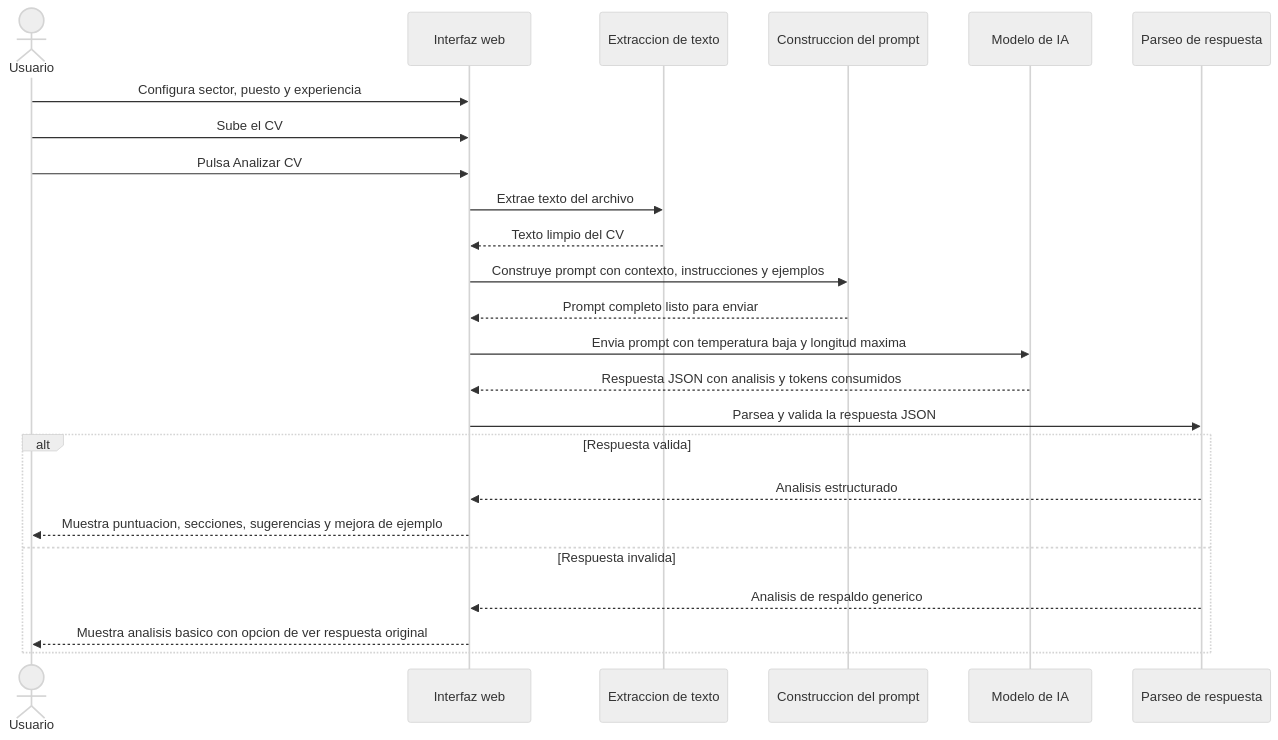
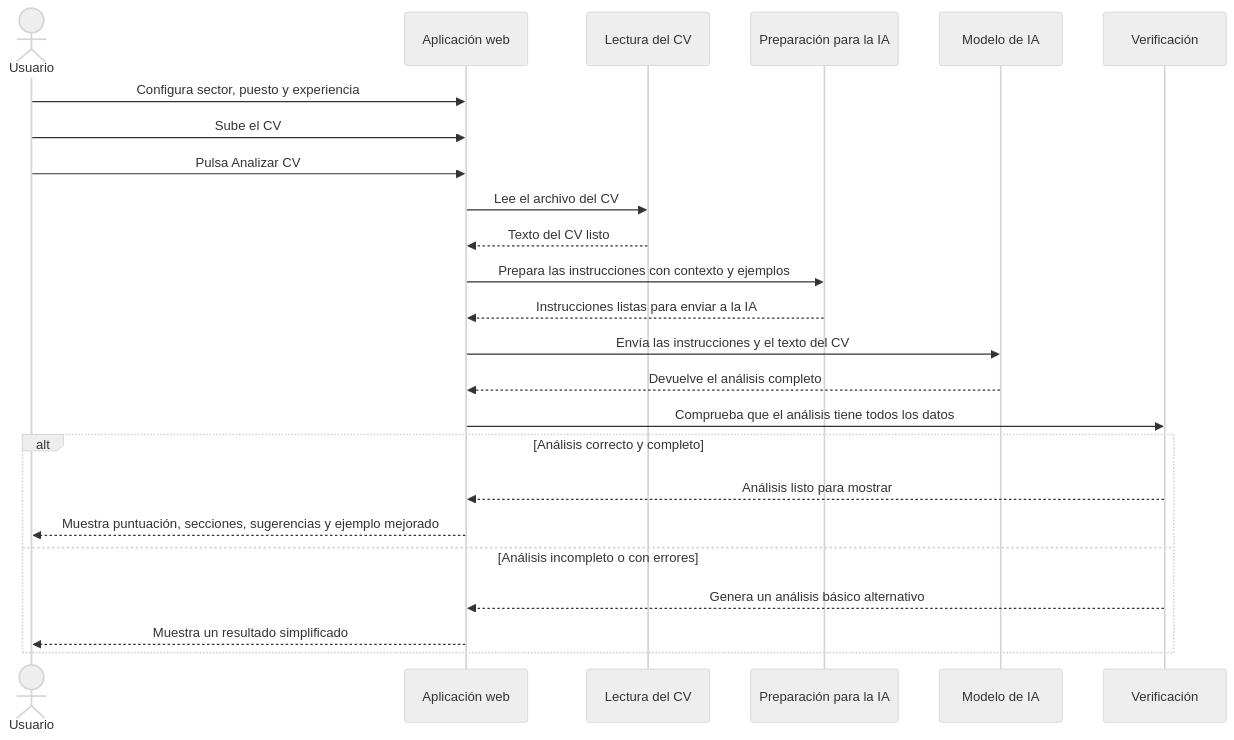
The second of 3 diagrams in doc.md (jamarcas1984/cv-assistant-ai), drawn with Mermaid before and after one commit. The commit also changed other lines of this file and 1 other file, not shown here.

````diff
--- a/doc.md
+++ b/doc.md
@@ -96,37 +93,37 @@
 ```mermaid
 ---
 config:
   look: handDrawn
   theme: neutral
 ---
 sequenceDiagram
     actor U as Usuario
-    participant UI as Interfaz web
-    participant Texto as Extraccion de texto
-    participant Prompt as Construccion del prompt
+    participant UI as Aplicación web
+    participant L as Lectura del CV
+    participant P as Preparación para la IA
     participant IA as Modelo de IA
-    participant Parser as Parseo de respuesta
+    participant V as Verificación
 
     U->>UI: Configura sector, puesto y experiencia
     U->>UI: Sube el CV
     U->>UI: Pulsa Analizar CV
 
-    UI->>Texto: Extrae texto del archivo
-    Texto-->>UI: Texto limpio del CV
+    UI->>L: Lee el archivo del CV
+    L-->>UI: Texto del CV listo
 
-    UI->>Prompt: Construye prompt con contexto, instrucciones y ejemplos
-    Prompt-->>UI: Prompt completo listo para enviar
+    UI->>P: Prepara las instrucciones con contexto y ejemplos
+    P-->>UI: Instrucciones listas para enviar a la IA
 
-    UI->>IA: Envia prompt con temperatura baja y longitud maxima
-    IA-->>UI: Respuesta JSON con analisis y tokens consumidos
+    UI->>IA: Envía las instrucciones y el texto del CV
+    IA-->>UI: Devuelve el análisis completo
 
-    UI->>Parser: Parsea y valida la respuesta JSON
+    UI->>V: Comprueba que el análisis tiene todos los datos
 
-    alt Respuesta valida
-        Parser-->>UI: Analisis estructurado
-        UI-->>U: Muestra puntuacion, secciones, sugerencias y mejora de ejemplo
-    else Respuesta invalida
-        Parser-->>UI: Analisis de respaldo generico
-        UI-->>U: Muestra analisis basico con opcion de ver respuesta original
+    alt Análisis correcto y completo
+        V-->>UI: Análisis listo para mostrar
+        UI-->>U: Muestra puntuación, secciones, sugerencias y ejemplo mejorado
+    else Análisis incompleto o con errores
+        V-->>UI: Genera un análisis básico alternativo
+        UI-->>U: Muestra un resultado simplificado
     end
 ```
````
